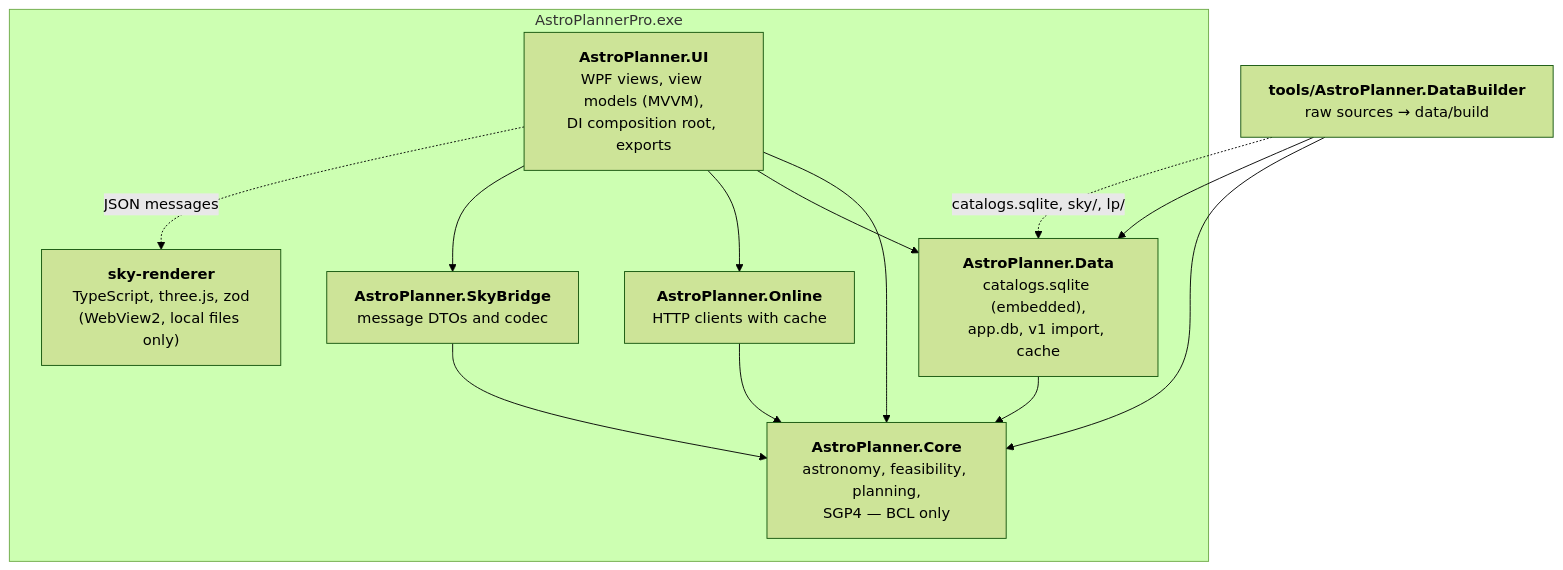
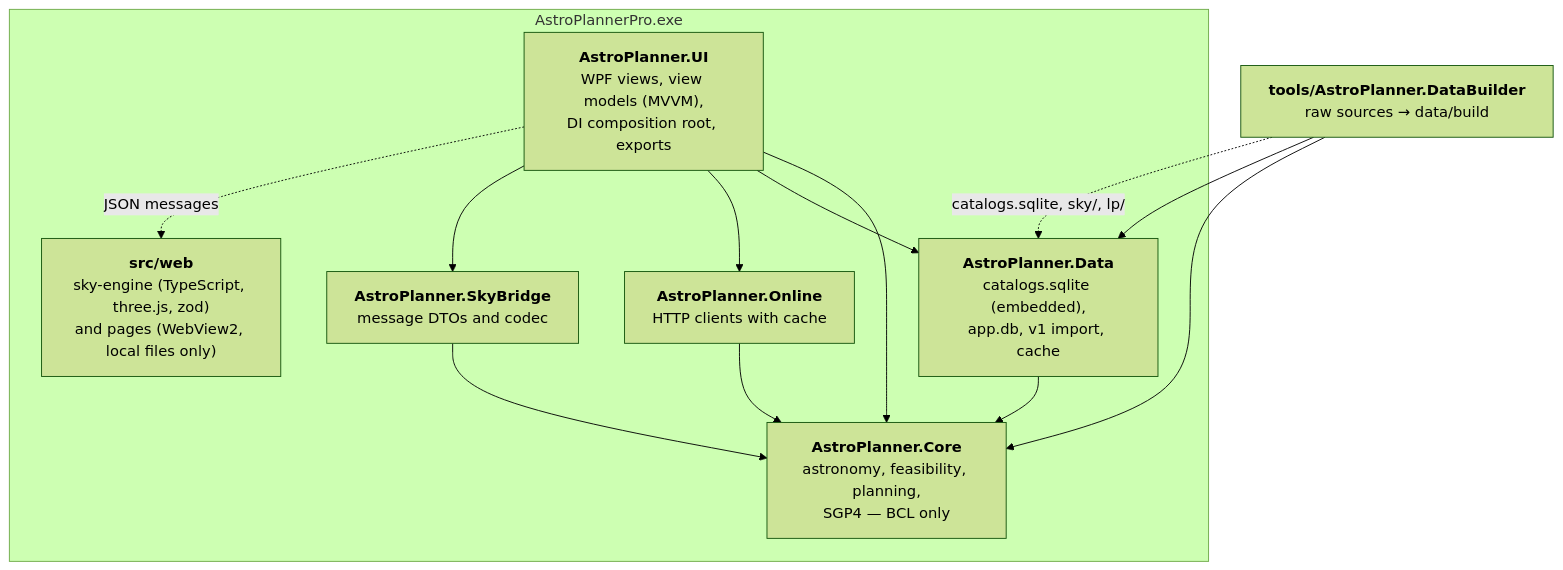
One commit to Yamato6/AstroPlanner-Pro changed the diagram in docs/architecture.md. Above: the diagram before and after it, drawn with Mermaid (forest theme). The commit also changed other lines of this file and 64 other files, not shown here.

First line of the commit message:
build(web): the sky renderer becomes the src/web npm workspace

````diff
--- a/docs/architecture.md
+++ b/docs/architecture.md
@@ -7,20 +7,20 @@
 ```mermaid
 flowchart TB
     subgraph app["AstroPlannerPro.exe"]
         UI["<b>AstroPlanner.UI</b><br/>WPF views, view models (MVVM),<br/>DI composition root, exports"]
         Bridge["<b>AstroPlanner.SkyBridge</b><br/>message DTOs and codec"]
-        Renderer["<b>sky-renderer</b><br/>TypeScript, three.js, zod<br/>(WebView2, local files only)"]
+        Renderer["<b>src/web</b><br/>sky-engine (TypeScript, three.js, zod)<br/>and pages (WebView2, local files only)"]
         Data["<b>AstroPlanner.Data</b><br/>catalogs.sqlite (embedded),<br/>app.db, v1 import, cache"]
         Online["<b>AstroPlanner.Online</b><br/>HTTP clients with cache"]
         Core["<b>AstroPlanner.Core</b><br/>astronomy, feasibility, planning,<br/>SGP4 — BCL only"]
     end
     Builder["<b>tools/AstroPlanner.DataBuilder</b><br/>raw sources → data/build"]
 
     UI --> Core & Data & Online & Bridge
     UI -. "JSON messages" .-> Renderer
     Bridge --> Core
     Data --> Core
     Online --> Core
     Builder --> Core & Data
     Builder -. "catalogs.sqlite, sky/, lp/" .-> Data
 ```
````
